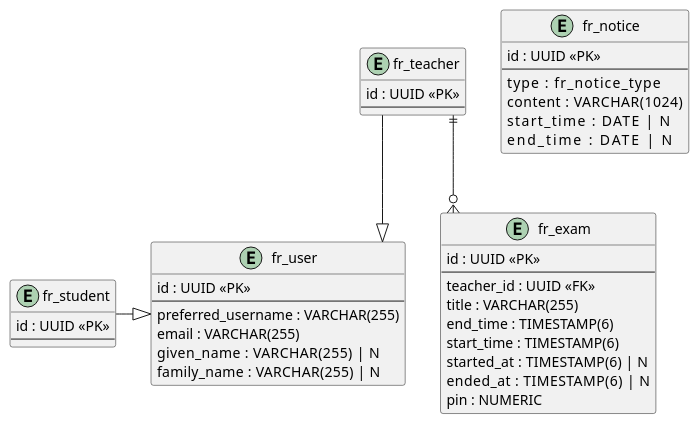
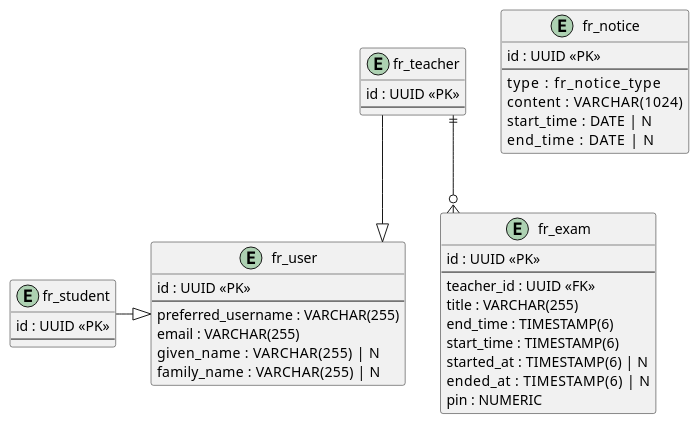
Before and after one commit to 2526-4ahitm-itp/2526-4ahitm-franklyn: the diagram in hugo/content/docs/explanation/server-logistics/schema.puml, drawn with PlantUML.

Commit message:
refactor(docs): remove unnecessary spaces in schema

```diff
--- a/hugo/content/docs/explanation/server-logistics/schema.puml
+++ b/hugo/content/docs/explanation/server-logistics/schema.puml
@@ -1,48 +1,42 @@
 @startuml
-
-' Styling to make the diagram cleaner
 skinparam classAttributeIconSize 0
 skinparam linetype ortho
-
 entity fr_user {
      id : UUID <<PK>>
      --
      preferred_username : VARCHAR(255)
      email : VARCHAR(255)
      given_name : VARCHAR(255)   |  N
      family_name : VARCHAR(255)  |  N
 }
 entity fr_teacher {
     id : UUID <<PK>>
     --
 }
 entity fr_exam {
     id : UUID <<PK>>
     --
     teacher_id : UUID <<FK>>
     title : VARCHAR(255)
     end_time : TIMESTAMP(6)
     start_time : TIMESTAMP(6)
     started_at : TIMESTAMP(6) |  N
     ended_at : TIMESTAMP(6)   |  N
     pin : NUMERIC
 }
 entity fr_student {
     id : UUID <<PK>>
     --
 }
 entity fr_notice {
     id : UUID <<PK>>
     --
     type       : fr_notice_type
     content    : VARCHAR(1024)
-    start_time : DATE       |  N
-    end_time   : DATE       |  N
+    start_time : DATE  |  N
+    end_time   : DATE  |  N
 }
-
 fr_teacher ||--o{ fr_exam
 fr_student -|> fr_user
 fr_teacher --|> fr_user
-
-
 @enduml
```
